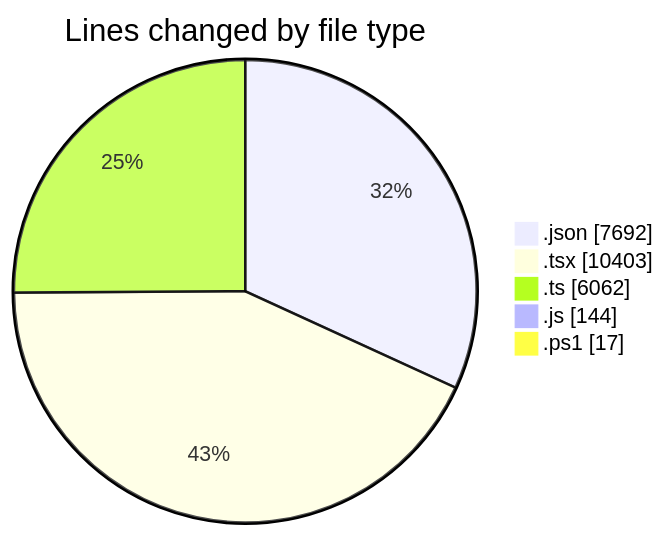
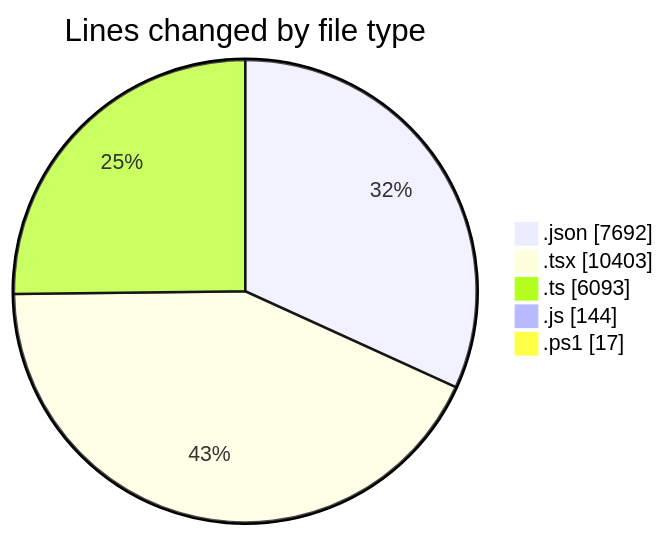
Before and after one commit to CELIANVF/code-tracking: the first of 2 diagrams in 2025-06-10/ecodeli-1/README.md, drawn with Mermaid. The commit also changed other lines of this file and 1 other file, not shown here.

````diff
--- a/2025-06-10/ecodeli-1/README.md
+++ b/2025-06-10/ecodeli-1/README.md
@@ -75,9 +75,9 @@
 ```mermaid
 pie showData
 title Lines changed by file type
 ".json" : 7692
 ".tsx" : 10403
-".ts" : 6062
+".ts" : 6093
 ".js" : 144
 ".ps1" : 17
 ```
````
